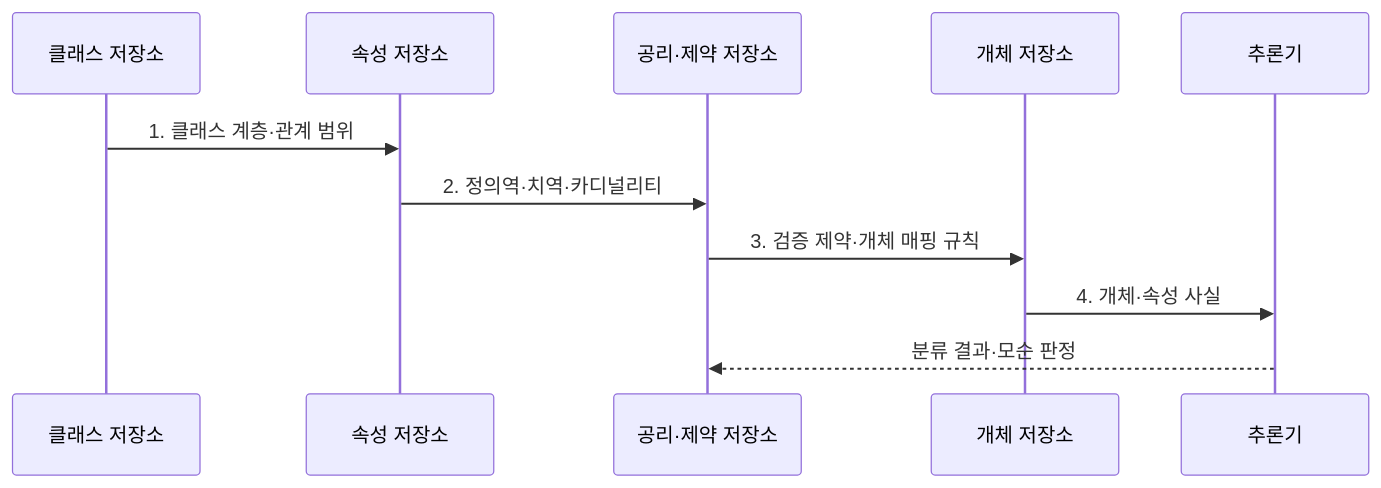
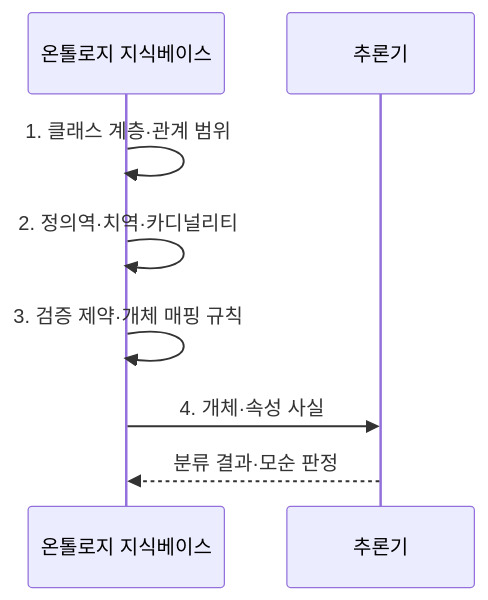
Before and after one commit to agnusdei1207/knowledge-base: the second of 2 diagrams in src/content/docs/notes/08-latest-tech/080_ontology.md, drawn with Mermaid. The commit also changed 8 other files, not shown here.

Commit message:
Focus AI evaluation and reasoning flows

````diff
--- a/src/content/docs/notes/08-latest-tech/080_ontology.md
+++ b/src/content/docs/notes/08-latest-tech/080_ontology.md
@@ -103,13 +103,10 @@
 ```mermaid
 sequenceDiagram
-  participant C as 클래스 저장소
-  participant P as 속성 저장소
-  participant A as 공리·제약 저장소
-  participant I as 개체 저장소
+  participant K as 온톨로지 지식베이스
   participant R as 추론기
-  C->>P: 1. 클래스 계층·관계 범위
-  P->>A: 2. 정의역·치역·카디널리티
-  A->>I: 3. 검증 제약·개체 매핑 규칙
-  I->>R: 4. 개체·속성 사실
-  R-->>A: 분류 결과·모순 판정
+  K->>K: 1. 클래스 계층·관계 범위
+  K->>K: 2. 정의역·치역·카디널리티
+  K->>K: 3. 검증 제약·개체 매핑 규칙
+  K->>R: 4. 개체·속성 사실
+  R-->>K: 분류 결과·모순 판정
 ```
````
